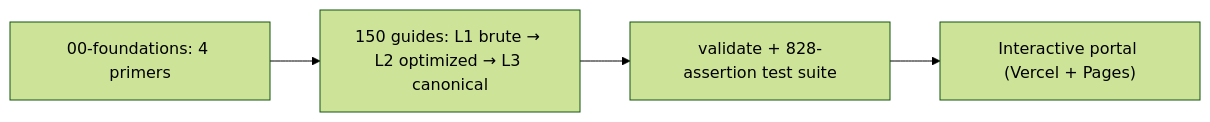
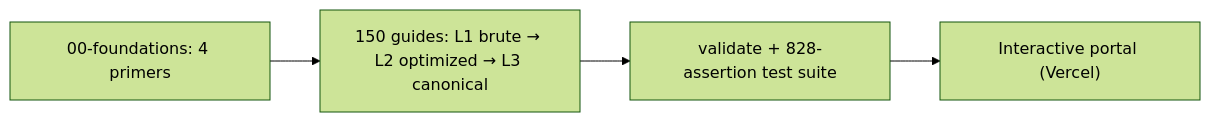
Before and after one commit to mjzd7/leetcode-top-interview-150-javascript: the diagram in README.md, drawn with Mermaid (forest theme). The commit also changed other lines of this file and 5 other files, not shown here.

Commit message:
feat(web): expand MAANG guides with official-source deep dives, Vercel canonical link, mobile overflow fix

````diff
--- a/README.md
+++ b/README.md
@@ -21,6 +21,6 @@
 ```mermaid
 flowchart LR
     PreReq["00-foundations: 4 primers"] --> Guides["150 guides: L1 brute → L2 optimized → L3 canonical"]
     Guides --> QA["validate + 828-assertion test suite"]
-    QA --> Web["Interactive portal (Vercel + Pages)"]
+    QA --> Web["Interactive portal (Vercel)"]
 ```
````
